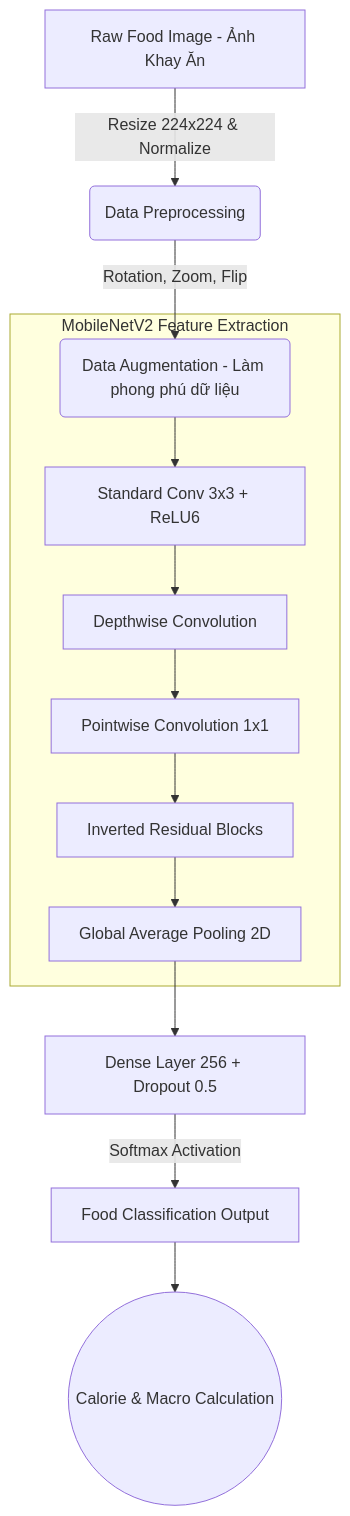
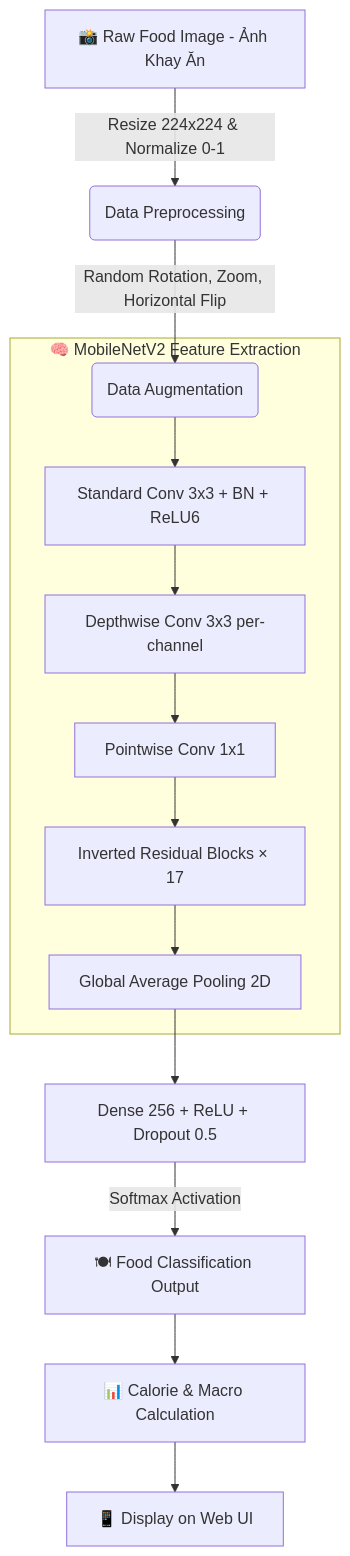
The first of 5 diagrams in README.md (DevOpsLogistics/FoodVision-Ai), drawn with Mermaid before and after one commit. The commit also changed other lines of this file, not shown here.

Commit message:
Docs: Complete README with ALL features, Preny AI, CNN architecture, system diagram, project structure

````diff
--- a/README.md
+++ b/README.md
@@ -73,17 +218,18 @@
 ```mermaid
 graph TD
-    A[Raw Food Image - Ảnh Khay Ăn] -->|Resize 224x224 & Normalize| B(Data Preprocessing)
-    B -->|Rotation, Zoom, Flip| C(Data Augmentation - Làm phong phú dữ liệu)
+    A[📸 Raw Food Image - Ảnh Khay Ăn] -->|Resize 224x224 & Normalize 0-1| B(Data Preprocessing)
+    B -->|Random Rotation, Zoom, Horizontal Flip| C(Data Augmentation)
     
-    subgraph CNN Architecture [MobileNetV2 Feature Extraction]
-    C --> D[Standard Conv 3x3 + ReLU6]
-    D --> E[Depthwise Convolution]
-    E --> F[Pointwise Convolution 1x1]
-    F --> G[Inverted Residual Blocks]
+    subgraph CNN_Architecture ["🧠 MobileNetV2 Feature Extraction"]
+    C --> D[Standard Conv 3x3 + BN + ReLU6]
+    D --> E[Depthwise Conv 3x3 per-channel]
+    E --> F[Pointwise Conv 1x1]
+    F --> G["Inverted Residual Blocks × 17"]
     G --> H[Global Average Pooling 2D]
     end
     
-    H --> I[Dense Layer 256 + Dropout 0.5]
-    I -->|Softmax Activation| J[Food Classification Output]
-    J --> K((Calorie & Macro Calculation))
+    H --> I[Dense 256 + ReLU + Dropout 0.5]
+    I -->|Softmax Activation| J["🍽 Food Classification Output"]
+    J --> K["📊 Calorie & Macro Calculation"]
+    K --> L["📱 Display on Web UI"]
 ```
````
